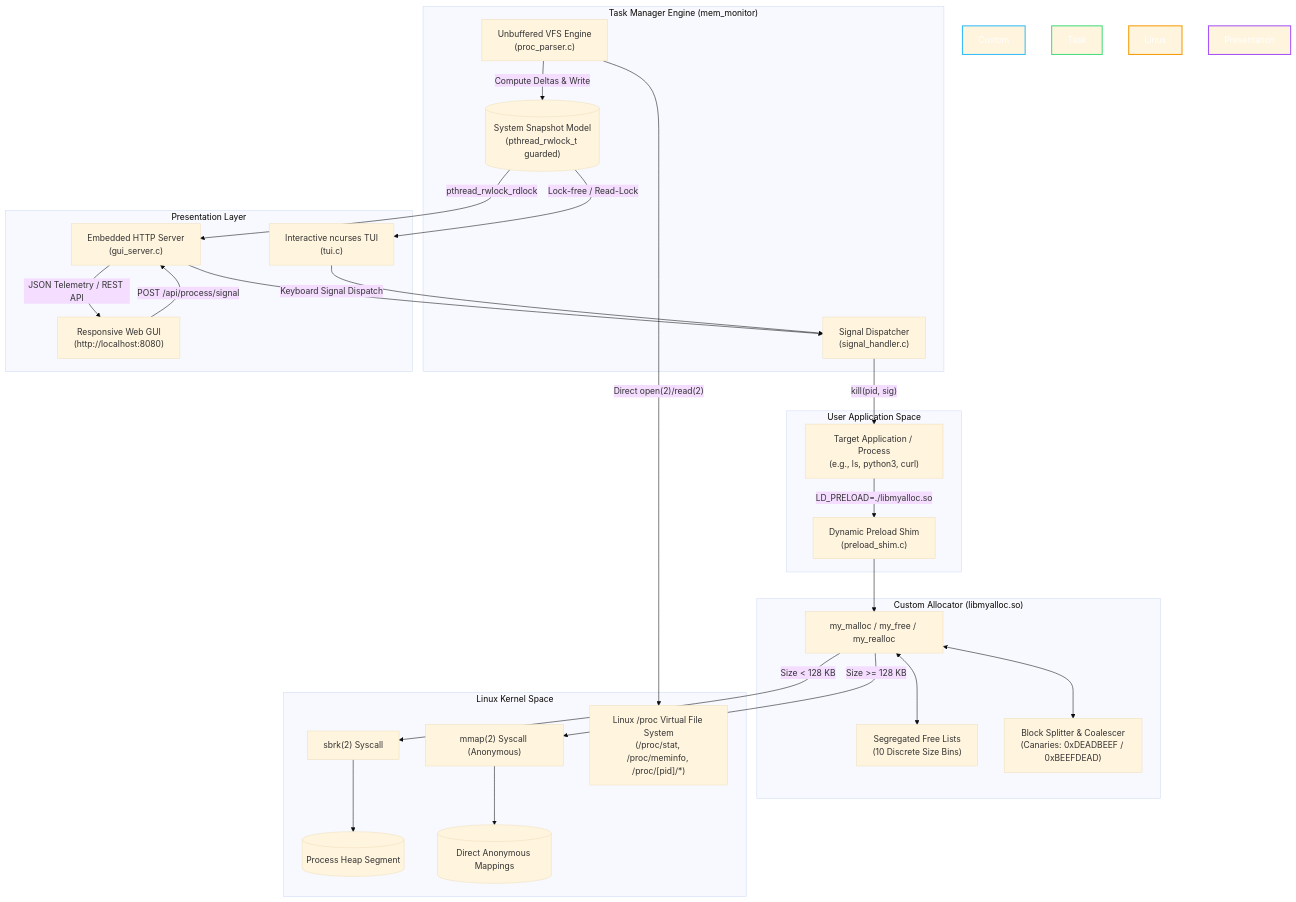
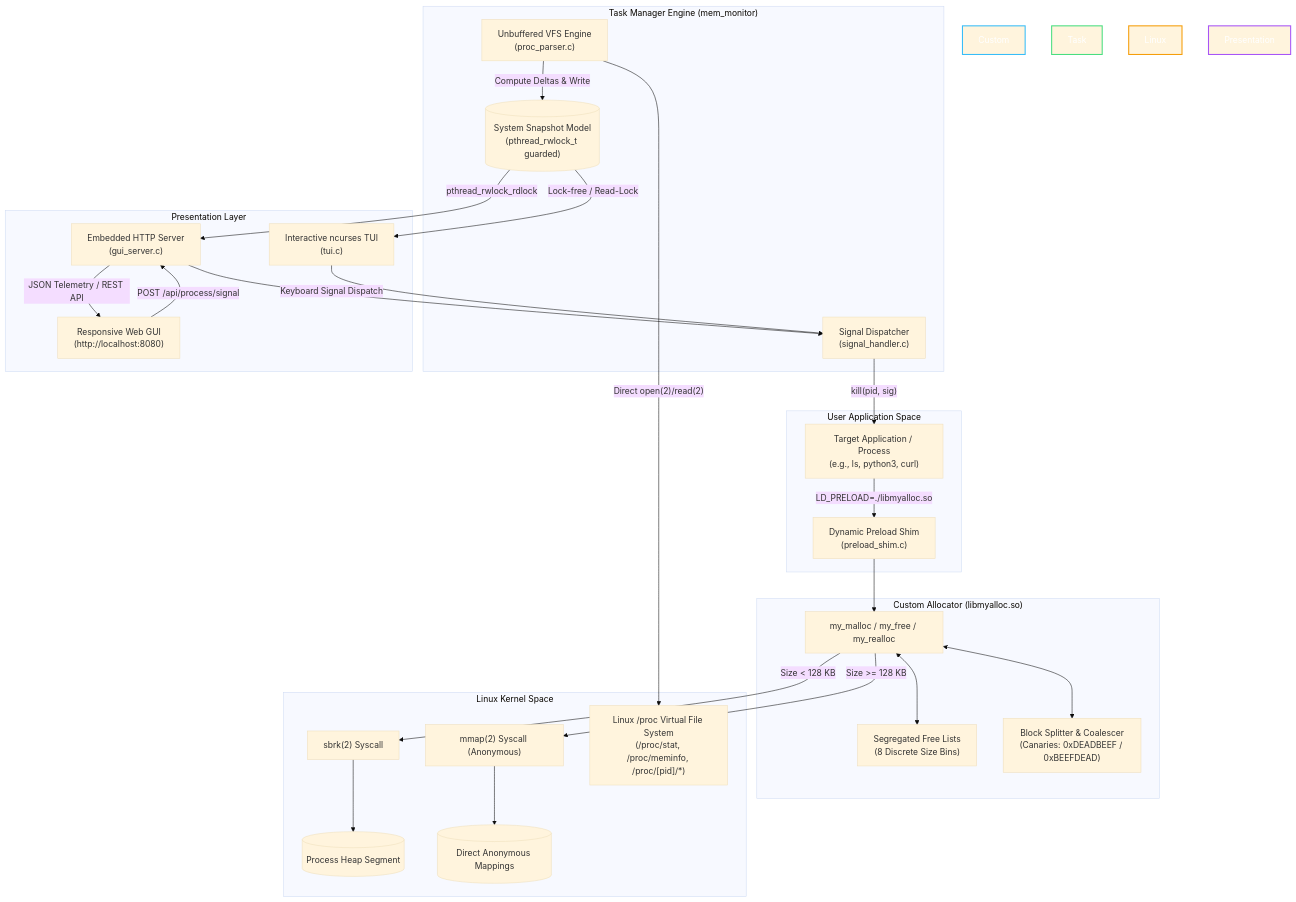
The first of 2 diagrams in README.md (tejaswin-amara/Linux-Dynamic-Memory-Allocation-and-Memory-Monitoring-System), drawn with Mermaid (base theme) before and after one commit. The commit also changed other lines of this file and 22 other files, not shown here.

````diff
--- a/README.md
+++ b/README.md
@@ -144,59 +144,59 @@
 ```mermaid
 graph TD
     subgraph User Application Space
         APP["Target Application / Process<br/>(e.g., ls, python3, curl)"]
         SHIM["Dynamic Preload Shim<br/>(preload_shim.c)"]
         APP -->|"LD_PRELOAD=./libmyalloc.so"| SHIM
     end
 
     subgraph Custom Allocator ["Custom Allocator (libmyalloc.so)"]
         ALLOC["my_malloc / my_free / my_realloc"]
-        SEGLIST["Segregated Free Lists<br/>(10 Discrete Size Bins)"]
+        SEGLIST["Segregated Free Lists<br/>(8 Discrete Size Bins)"]
         SPLIT["Block Splitter & Coalescer<br/>(Canaries: 0xDEADBEEF / 0xBEEFDEAD)"]
         
         SHIM --> ALLOC
         ALLOC <--> SEGLIST
         ALLOC <--> SPLIT
     end
 
     subgraph Linux Kernel Space
         SBRK["sbrk(2) Syscall"]
         MMAP["mmap(2) Syscall (Anonymous)"]
         VFS["Linux /proc Virtual File System<br/>(/proc/stat, /proc/meminfo, /proc/[pid]/*)"]
         HEAP[("Process Heap Segment")]
         PAGES[("Direct Anonymous Mappings")]
         
         ALLOC -->|"Size < 128 KB"| SBRK
         ALLOC -->|"Size >= 128 KB"| MMAP
         SBRK --> HEAP
         MMAP --> PAGES
     end
 
     subgraph Task Manager Daemon ["Task Manager Engine (mem_monitor)"]
         PARSER["Unbuffered VFS Engine<br/>(proc_parser.c)"]
         SNAPSHOT[("System Snapshot Model<br/>(pthread_rwlock_t guarded)")]
         SIGNAL["Signal Dispatcher<br/>(signal_handler.c)"]
         
         PARSER -->|"Direct open(2)/read(2)"| VFS
         PARSER -->|"Compute Deltas & Write"| SNAPSHOT
         SIGNAL -->|"kill(pid, sig)"| APP
     end
 
     subgraph Presentation Layer
         TUI["Interactive ncurses TUI<br/>(tui.c)"]
         SERVER["Embedded HTTP Server<br/>(gui_server.c)"]
         WEB["Responsive Web GUI<br/>(http://localhost:8080)"]
         
         SNAPSHOT -->|"Lock-free / Read-Lock"| TUI
         SNAPSHOT -->|"pthread_rwlock_rdlock"| SERVER
         SERVER -->|"JSON Telemetry / REST API"| WEB
         WEB -->|"POST /api/process/signal"| SERVER
         SERVER --> SIGNAL
         TUI -->|"Keyboard Signal Dispatch"| SIGNAL
     end
 
     style Custom Allocator fill:#1e293b,stroke:#38bdf8,stroke-width:2px,color:#fff
     style Task Manager Daemon fill:#1e293b,stroke:#4ade80,stroke-width:2px,color:#fff
     style Linux Kernel Space fill:#0f172a,stroke:#f59e0b,stroke-width:2px,color:#fff
     style Presentation Layer fill:#1e293b,stroke:#a855f7,stroke-width:2px,color:#fff
 ```
````
